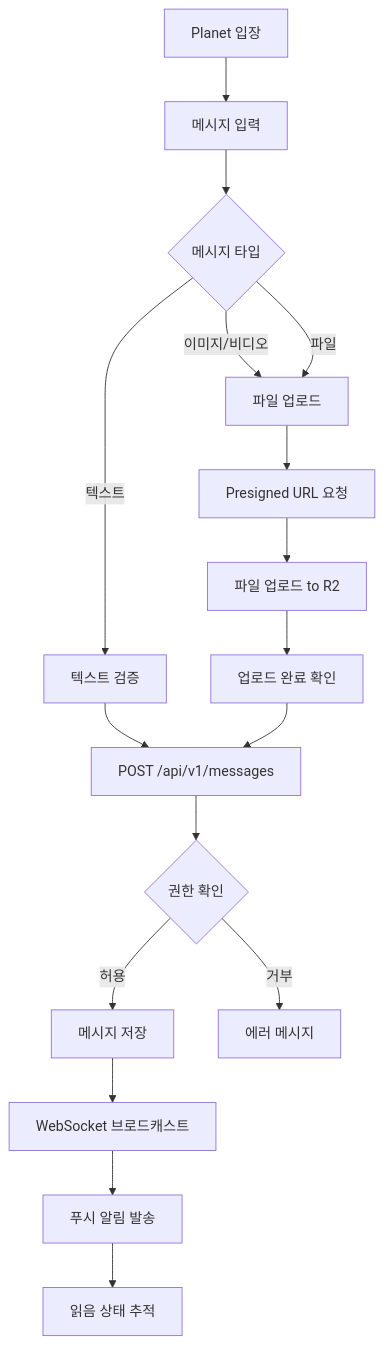
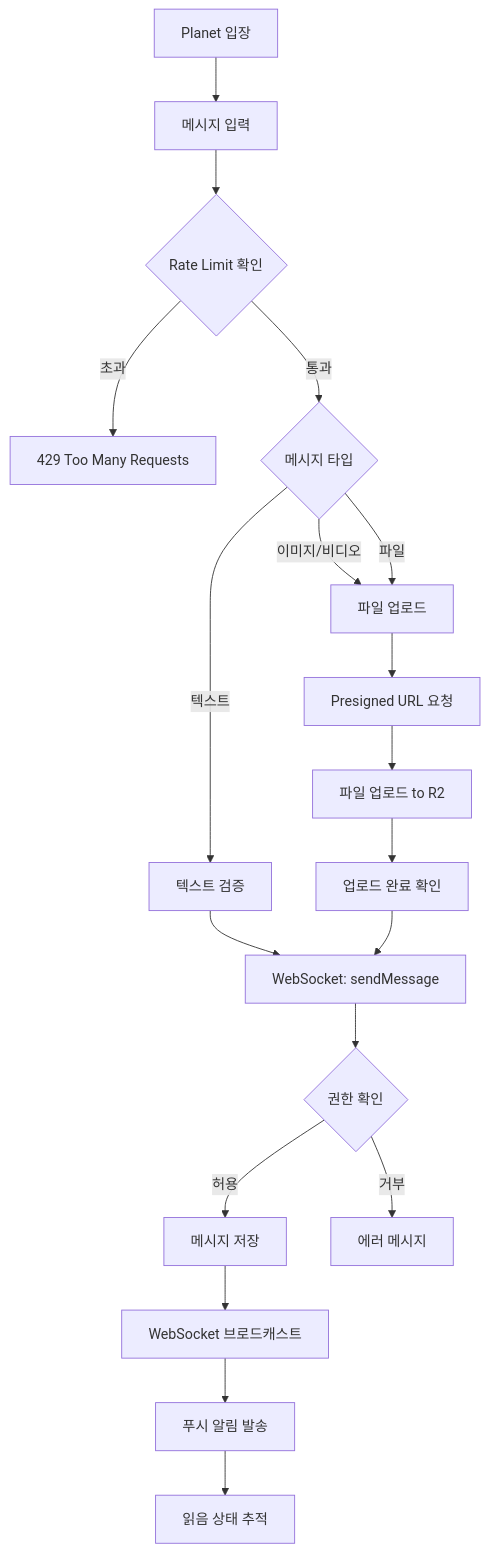
Before and after one commit to maximizest/connecto-nest: the fifth of 34 diagrams in .md/flow.md, drawn with Mermaid. The commit also changed other lines of this file and 2 other files, not shown here.

Commit message:
관리자 및 조정 기능 문서 업데이트: Admin 엔티티를 User 엔티티의 role로 통합하고, 관련 API 엔드포인트를 Moderation 섹션으로 이동하여 사용자 차단 및 벤 기능을 명확히 설명함. WebSocket 서비스 아키텍처와 Rate Limiting 시스템을 추가하여 실시간 통신 및 사용자 관리 기능을 강화함.

````diff
--- a/.md/flow.md
+++ b/.md/flow.md
@@ -212,23 +212,26 @@
 ```mermaid
 graph TD
     A[Planet 입장] --> B[메시지 입력]
-    B --> C{메시지 타입}
+    B --> C{Rate Limit 확인}
+    
+    C -->|초과| D[429 Too Many Requests]
+    C -->|통과| E{메시지 타입}
 
-    C -->|텍스트| D[텍스트 검증]
-    C -->|이미지/비디오| E[파일 업로드]
-    C -->|파일| E
+    E -->|텍스트| F[텍스트 검증]
+    E -->|이미지/비디오| G[파일 업로드]
+    E -->|파일| G
 
-    D --> F[POST /api/v1/messages]
-    E --> G[Presigned URL 요청]
-    G --> H[파일 업로드 to R2]
-    H --> I[업로드 완료 확인]
-    I --> F
+    F --> H[WebSocket: sendMessage]
+    G --> I[Presigned URL 요청]
+    I --> J[파일 업로드 to R2]
+    J --> K[업로드 완료 확인]
+    K --> H
 
-    F --> J{권한 확인}
-    J -->|허용| K[메시지 저장]
-    J -->|거부| L[에러 메시지]
+    H --> L{권한 확인}
+    L -->|허용| M[메시지 저장]
+    L -->|거부| N[에러 메시지]
 
-    K --> M[WebSocket 브로드캐스트]
-    M --> N[푸시 알림 발송]
-    N --> O[읽음 상태 추적]
+    M --> O[WebSocket 브로드캐스트]
+    O --> P[푸시 알림 발송]
+    P --> Q[읽음 상태 추적]
 ```
````
